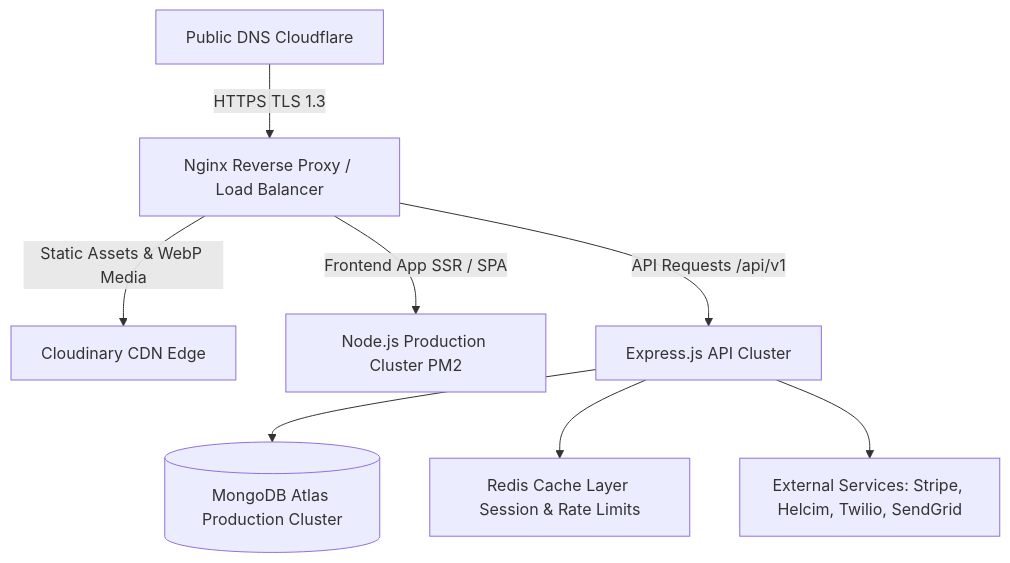
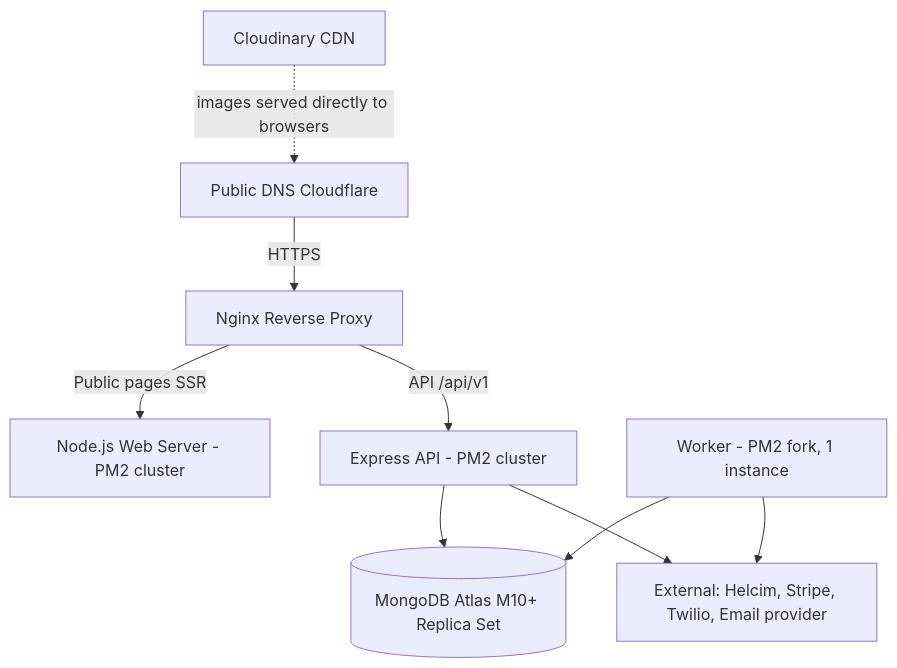
Before and after one commit to sohailamir06/STEMOTICS-Website-CMS: the second of 3 diagrams in STEMOTICS_R&D_Documentation/DOC/Phase-11-Deployment-Handover.md, drawn with Mermaid. The commit also changed other lines of this file and 12 other files, not shown here.

````diff
--- a/STEMOTICS_R&D_Documentation/DOC/Phase-11-Deployment-Handover.md
+++ b/STEMOTICS_R&D_Documentation/DOC/Phase-11-Deployment-Handover.md
@@ -39,10 +42,11 @@
 ```mermaid
 graph TD
-    A[Public DNS Cloudflare] -->|HTTPS TLS 1.3| B[Nginx Reverse Proxy / Load Balancer]
-    B -->|Static Assets & WebP Media| C[Cloudinary CDN Edge]
-    B -->|Frontend App SSR / SPA| D[Node.js Production Cluster PM2]
-    B -->|API Requests /api/v1| E[Express.js API Cluster]
-    E --> F[(MongoDB Atlas Production Cluster)]
-    E --> G[Redis Cache Layer Session & Rate Limits]
-    E --> H[External Services: Stripe, Helcim, Twilio, SendGrid]
+    A[Public DNS Cloudflare] -->|HTTPS| B[Nginx Reverse Proxy]
+    B -->|Public pages SSR| D[Node.js Web Server - PM2 cluster]
+    B -->|API /api/v1| E[Express API - PM2 cluster]
+    W[Worker - PM2 fork, 1 instance] --> F
+    E --> F[(MongoDB Atlas M10+ Replica Set)]
+    E --> H[External: Helcim, Stripe, Twilio, Email provider]
+    W --> H
+    C[Cloudinary CDN] -.->|images served directly to browsers| A
 ```
````
